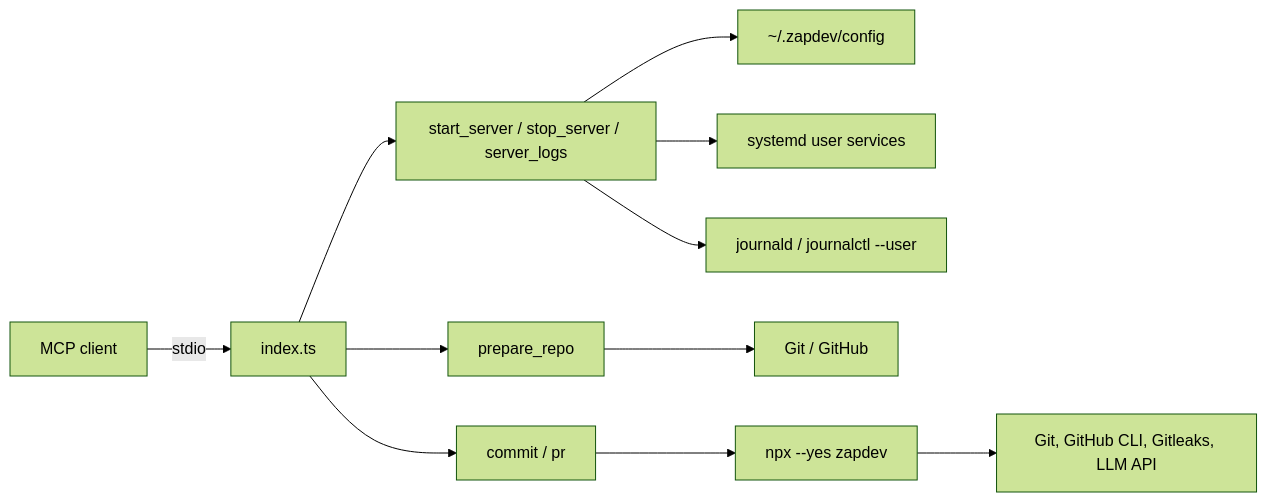
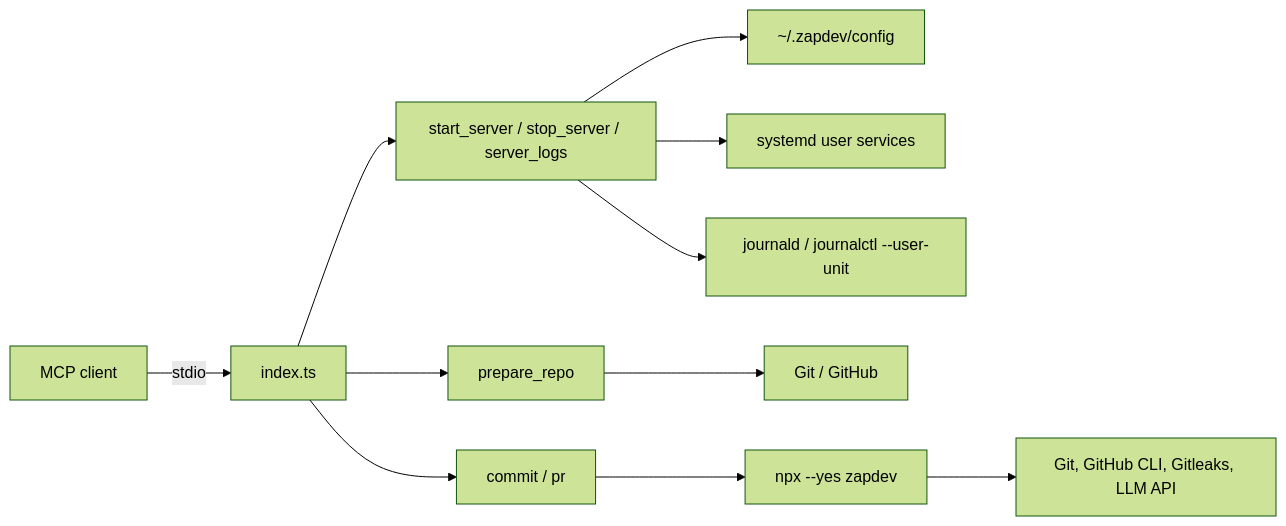
Before and after one commit to mvagnon/zapdev-mcp: the diagram in README.md, drawn with Mermaid (forest theme). The commit also changed other lines of this file and 3 other files, not shown here.

Commit message:
fix(server_logs): Use scoped journal logs for server diagnostics and simplify stop/start flow.

````diff
--- a/README.md
+++ b/README.md
@@ -22,13 +18,13 @@
 ```mermaid
 flowchart LR
   Client["MCP client"] -->|stdio| Server["index.ts"]
   Server --> Repos["prepare_repo"]
   Server --> Servers["start_server / stop_server / server_logs"]
   Servers --> Config["~/.zapdev/config"]
   Servers --> Systemd["systemd user services"]
-  Servers --> Logs["journald / journalctl --user"]
+  Servers --> Logs["journald / journalctl --user-unit"]
   Server --> Commands["commit / pr"]
   Repos --> Git["Git / GitHub"]
   Commands --> CLI["npx --yes zapdev"]
   CLI --> Tools["Git, GitHub CLI, Gitleaks, LLM API"]
 ```
````
